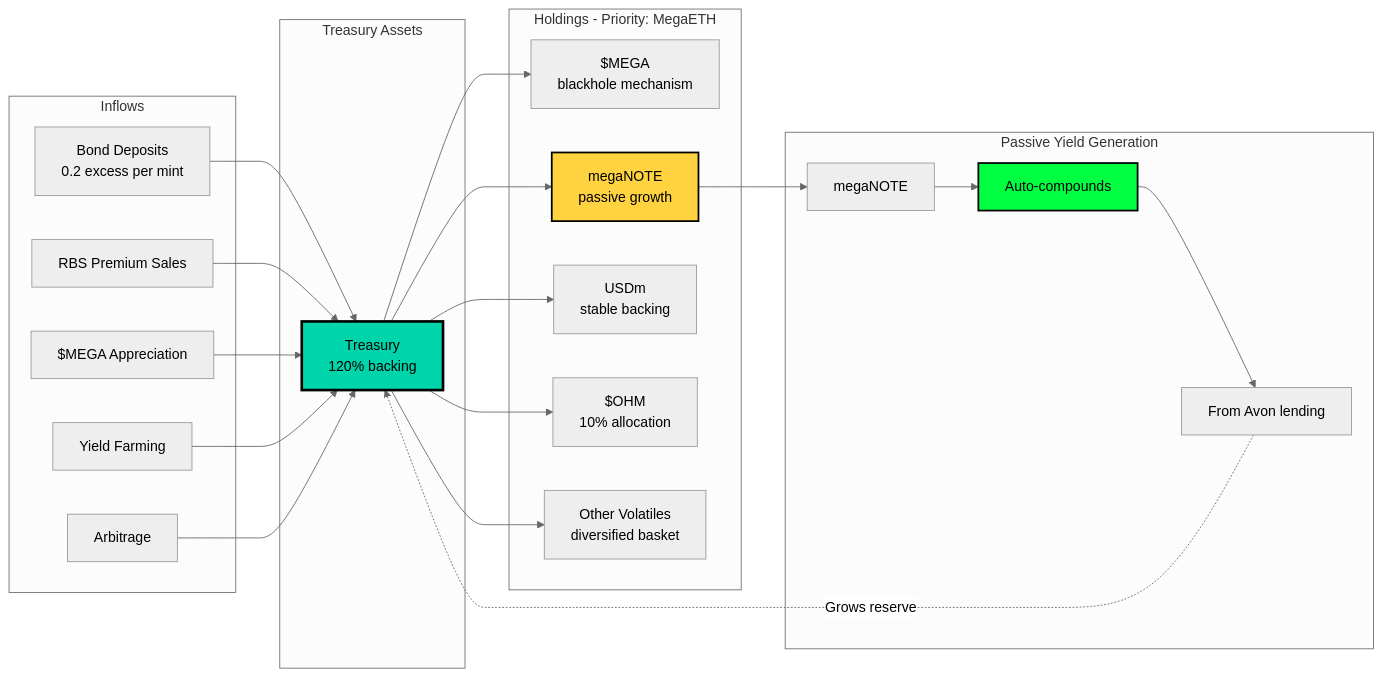
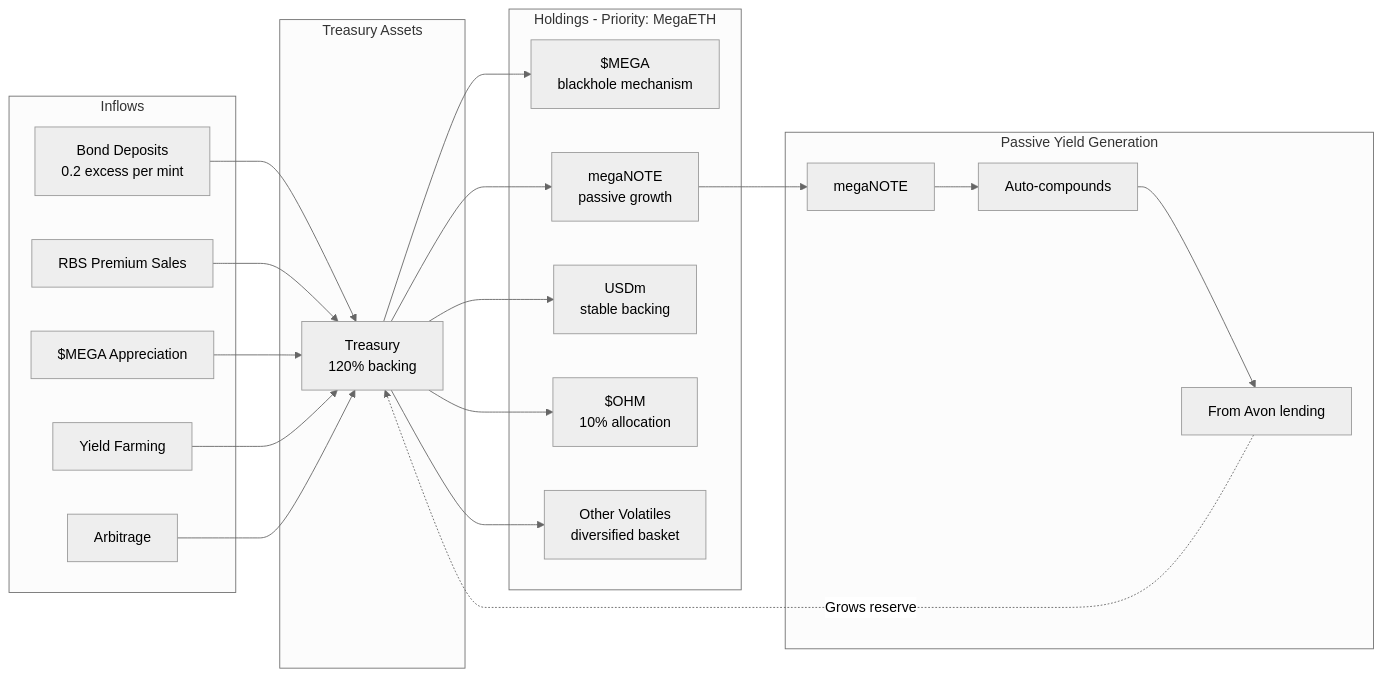
One commit to 0xJaehaerys/ohmega changed the fourth of 10 diagrams in docs/NOTANOHMFORK_DIAGRAMS.md. Above: the diagram before and after it, drawn with Mermaid (neutral theme). The commit also changed other lines of this file, not shown here.

Commit message:
Remove colors from diagrams

````diff
--- a/docs/NOTANOHMFORK_DIAGRAMS.md
+++ b/docs/NOTANOHMFORK_DIAGRAMS.md
@@ -132,49 +124,45 @@
 ```mermaid
 graph LR
     subgraph "Inflows"
         B1[Bond Deposits<br/>0.2 excess per mint]
         B2[RBS Premium Sales]
         B3[$MEGA Appreciation]
         B4[Yield Farming]
         B5[Arbitrage]
     end
     
     subgraph "Treasury Assets"
         T[Treasury<br/>120% backing]
     end
     
     subgraph "Holdings - Priority: MegaETH"
         H1[$MEGA<br/>blackhole mechanism]
         H2[megaNOTE<br/>passive growth]
         H3[USDm<br/>stable backing]
         H4[$OHM<br/>10% allocation]
         H5[Other Volatiles<br/>diversified basket]
     end
     
     subgraph "Passive Yield Generation"
         Y1[megaNOTE]
         Y2[Auto-compounds]
         Y3[From Avon lending]
     end
     
     B1 --> T
     B2 --> T
     B3 --> T
     B4 --> T
     B5 --> T
     
     T --> H1
     T --> H2
     T --> H3
     T --> H4
     T --> H5
     
     H2 --> Y1
     Y1 --> Y2
     Y2 --> Y3
     Y3 -.->|Grows reserve| T
-    
-    style T fill:#00d4aa,stroke:#000,stroke-width:3px
-    style H2 fill:#ffd23f,stroke:#000,stroke-width:2px
-    style Y2 fill:#00ff41,stroke:#000,stroke-width:2px
 ```
````
